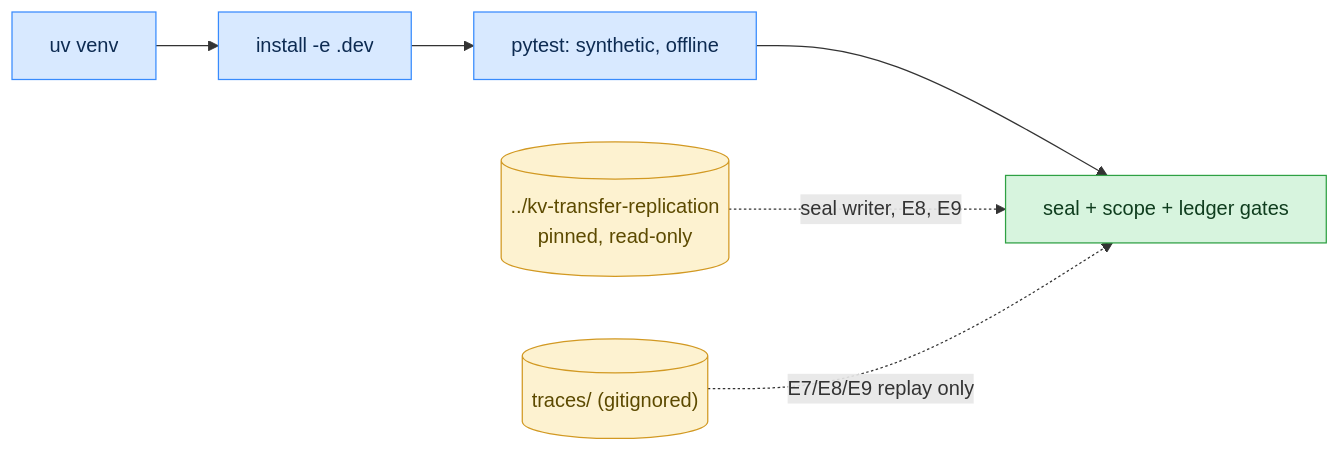
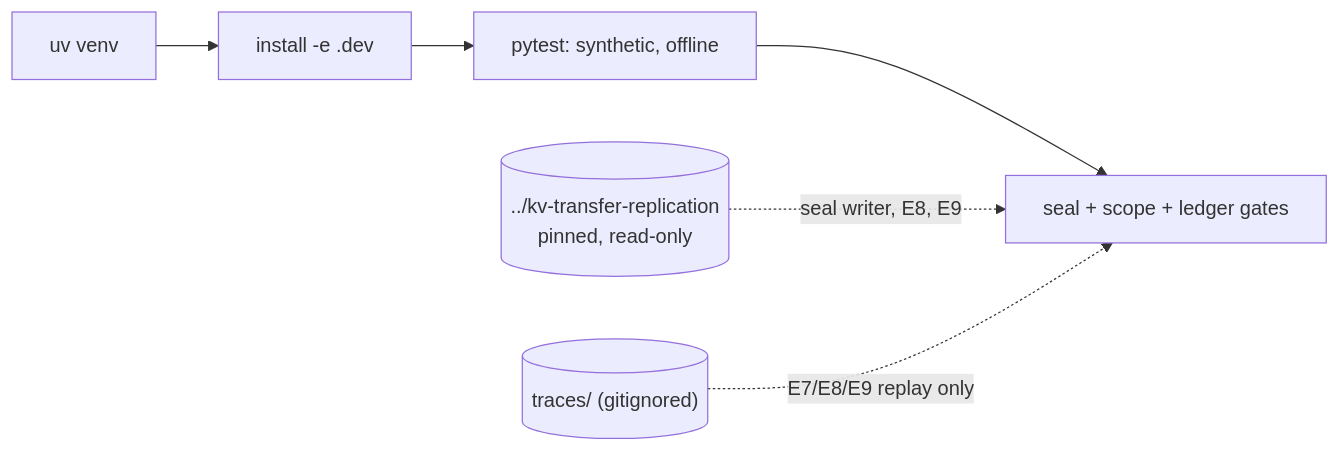
Before and after one commit to hossainpazooki/linear-ceiling: the sixth of 7 diagrams in README.md, drawn with Mermaid. The commit also changed other lines of this file and 5 other files, not shown here.

Commit message:
docs: E0 scoping caveat in background; staleness audit across living docs; leaner diagram palette

````diff
--- a/README.md
+++ b/README.md
@@ -213,12 +199,6 @@
 ```mermaid
 flowchart LR
     V[uv venv] --> D[install -e .dev] --> P[pytest: synthetic, offline] --> G[seal + scope + ledger gates]
     U[("../kv-transfer-replication<br/>pinned, read-only")] -.->|seal writer, E8, E9| G
     TR[("traces/ (gitignored)")] -.->|E7/E8/E9 replay only| G
-    classDef step fill:#d8e9ff,stroke:#388bfd,color:#0d2b52;
-    classDef gate fill:#d7f4de,stroke:#2ea043,color:#0f3d1e;
-    classDef ext fill:#fdf2d0,stroke:#d29922,color:#5c4a00;
-    class V,D,P step;
-    class G gate;
-    class U,TR ext;
 ```
````
